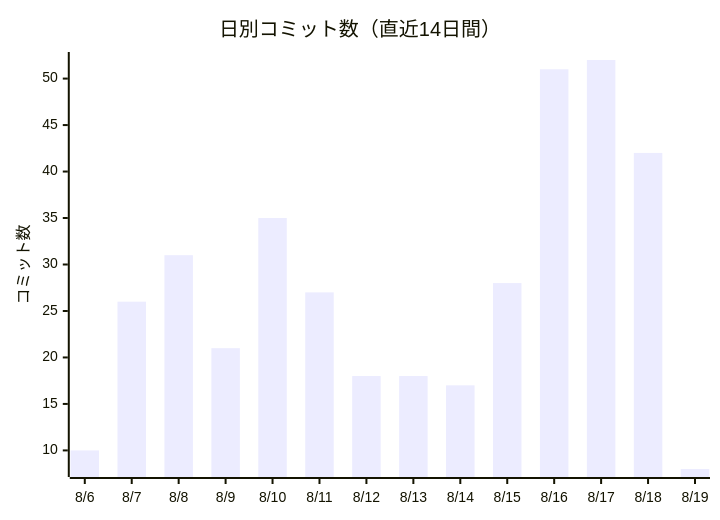
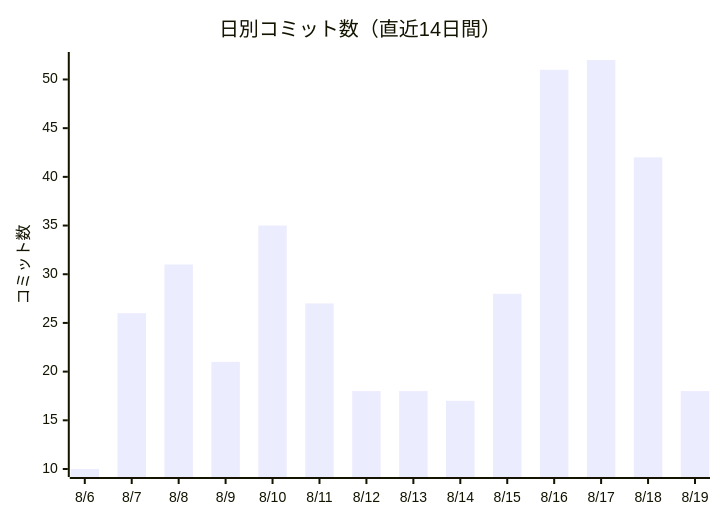
Before and after one commit to non-x2/non-x2: the first of 2 diagrams in docs/進化レポート.md, drawn with Mermaid. The commit also changed other lines of this file and 10 other files, not shown here.

````diff
--- a/docs/進化レポート.md
+++ b/docs/進化レポート.md
@@ -23,7 +23,7 @@
 ```mermaid
 xychart-beta
     title "日別コミット数（直近14日間）"
     x-axis ["8/6", "8/7", "8/8", "8/9", "8/10", "8/11", "8/12", "8/13", "8/14", "8/15", "8/16", "8/17", "8/18", "8/19"]
     y-axis "コミット数"
-    bar [10, 26, 31, 21, 35, 27, 18, 18, 17, 28, 51, 52, 42, 8]
+    bar [10, 26, 31, 21, 35, 27, 18, 18, 17, 28, 51, 52, 42, 18]
 ```
````
